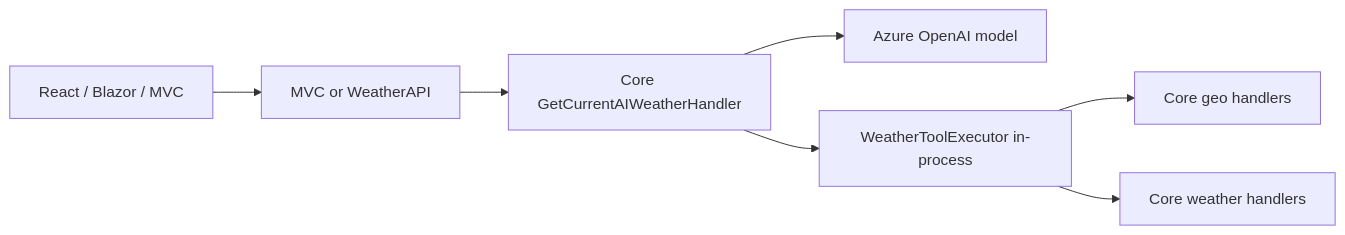
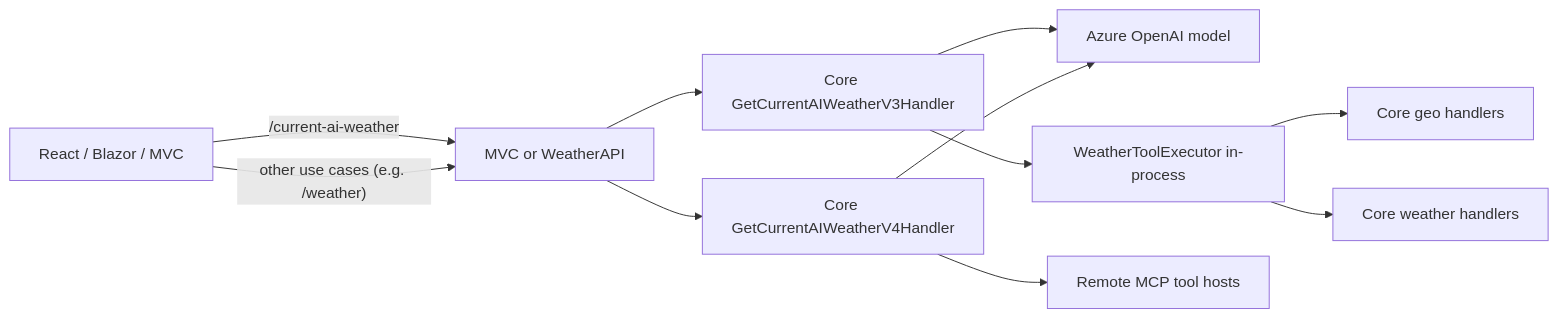
The second of 2 diagrams in docs/architecture.md (dustinkorzaan/weather-1116), drawn with Mermaid before and after one commit. The commit also changed other lines of this file and 30 other files, not shown here.

First line of the commit message:
Rename Current AI Weather to V3, add V4 remote-MCP variant (#232)

````diff
--- a/docs/architecture.md
+++ b/docs/architecture.md
@@ -111,17 +125,23 @@
 ```mermaid
 flowchart LR
   UI[React / Blazor / MVC]
   API[MVC or WeatherAPI]
-  Core[Core GetCurrentAIWeatherHandler]
+  V3[Core GetCurrentAIWeatherV3Handler]
+  V4[Core GetCurrentAIWeatherV4Handler]
   Model[Azure OpenAI model]
   Tools[WeatherToolExecutor in-process]
+  Mcp[Remote MCP tool hosts]
   CoreGeo[Core geo handlers]
   CoreWx[Core weather handlers]
 
-  UI --> API
-  API --> Core
-  Core --> Model
-  Core --> Tools
+  UI -- "/current-ai-weather" --> API
+  UI -- "other use cases (e.g. /weather)" --> API
+  API --> V3
+  API --> V4
+  V3 --> Model
+  V3 --> Tools
   Tools --> CoreGeo
   Tools --> CoreWx
+  V4 --> Model
+  V4 --> Mcp
 ```
````
